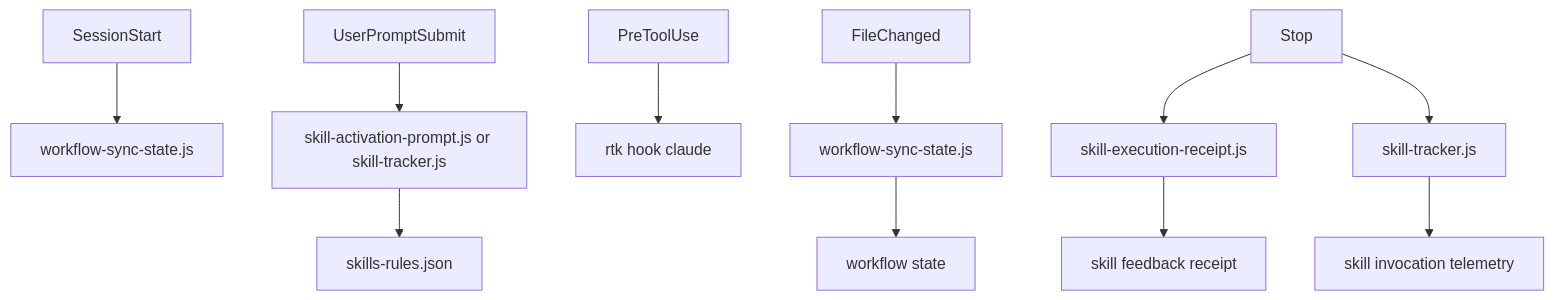
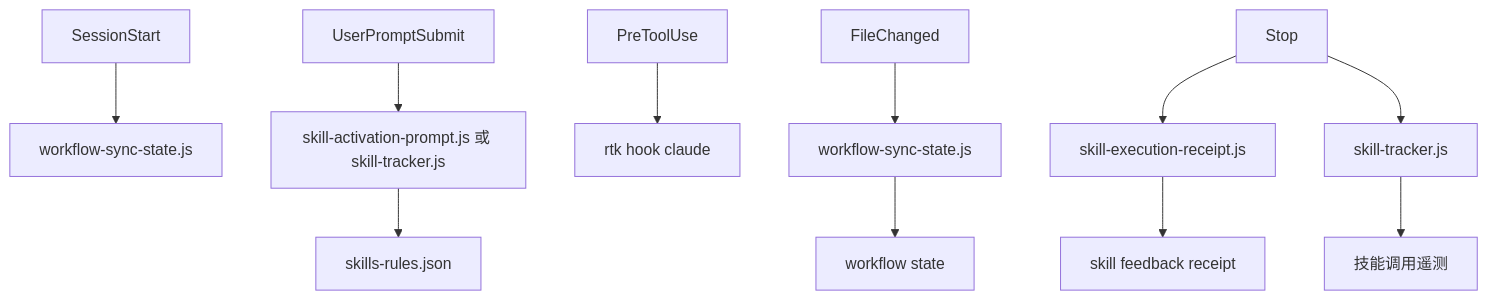
Before and after one commit to hxld/ai-workflow-control-kit: the fifth of 8 diagrams in docs/ARCHITECTURE.md, drawn with Mermaid. The commit also changed other lines of this file and 2 other files, not shown here.

First line of the commit message:
📝 docs: add bilingual toggle (zh/en) for ARCHITECTURE.md

````diff
--- a/docs/ARCHITECTURE.md
+++ b/docs/ARCHITECTURE.md
@@ -237,14 +239,14 @@
 ```mermaid
 flowchart TD
     SessionStart["SessionStart"] --> Restore["workflow-sync-state.js"]
-    UserPromptSubmit["UserPromptSubmit"] --> Activation["skill-activation-prompt.js or skill-tracker.js"]
+    UserPromptSubmit["UserPromptSubmit"] --> Activation["skill-activation-prompt.js 或 skill-tracker.js"]
     PreToolUse["PreToolUse"] --> RTK["rtk hook claude"]
     FileChanged["FileChanged"] --> Sync["workflow-sync-state.js"]
     Stop["Stop"] --> Receipt["skill-execution-receipt.js"]
     Stop --> Tracker["skill-tracker.js"]
 
     Activation --> Rules["skills-rules.json"]
     Sync --> State["workflow state"]
     Receipt --> Feedback["skill feedback receipt"]
-    Tracker --> SkillTelemetry["skill invocation telemetry"]
+    Tracker --> SkillTelemetry["技能调用遥测"]
 ```
````
